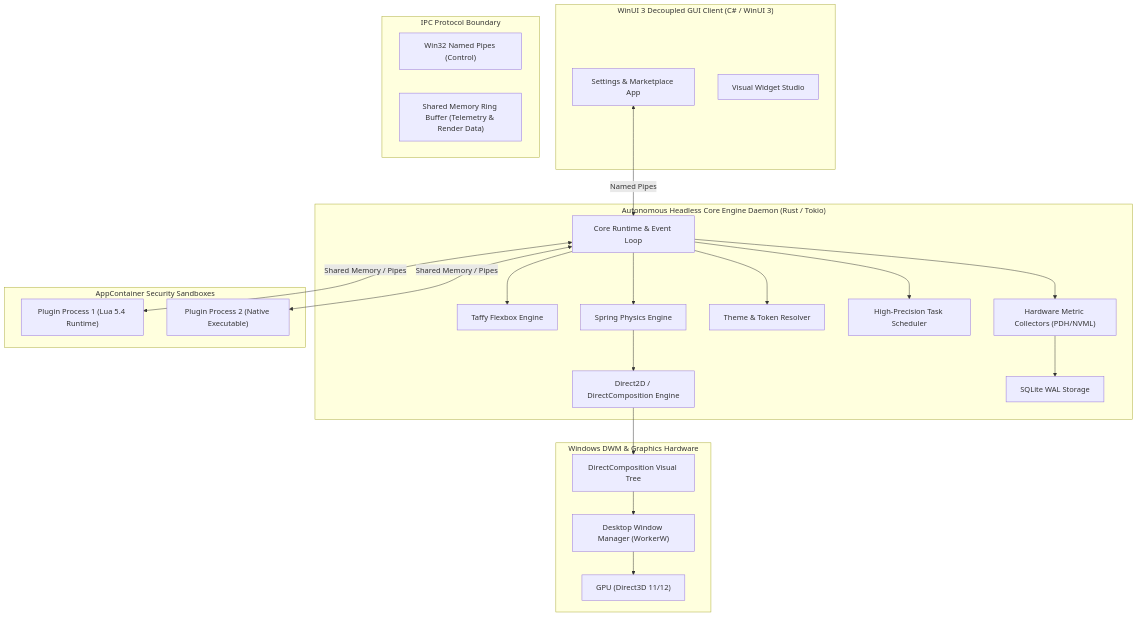
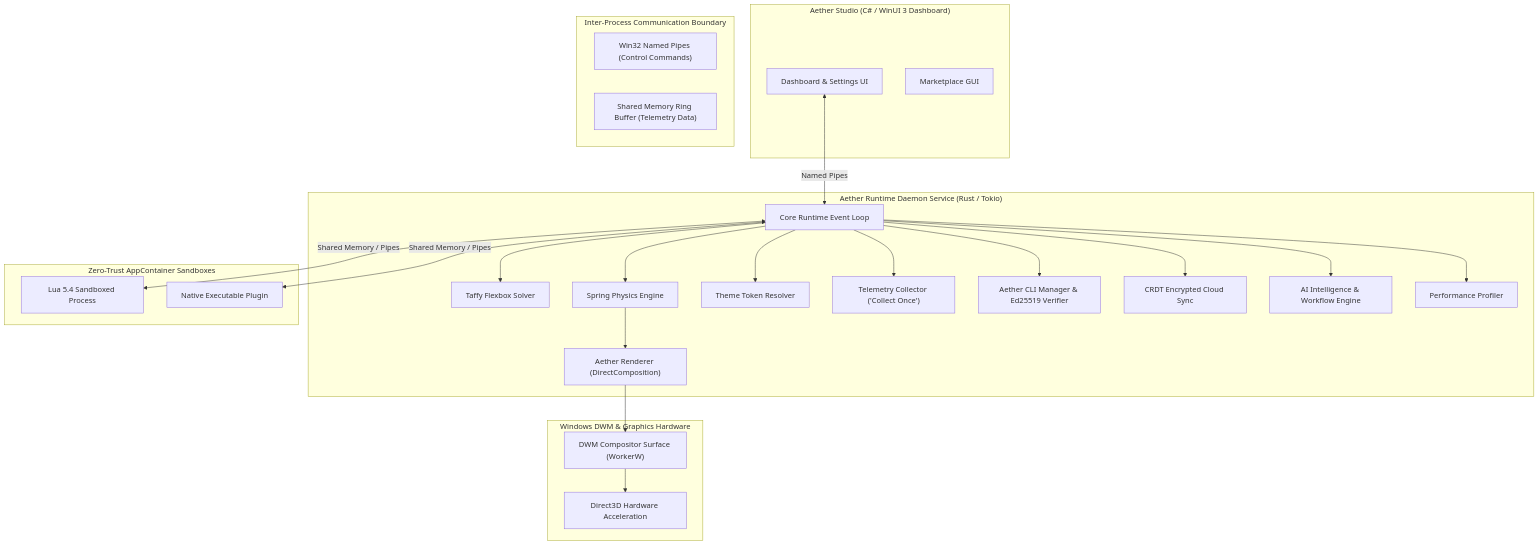
One commit to MysticsWinner/Aether-custom-widget changed the diagram in docs/ARCHITECTURE.md. Above: the diagram before and after it, drawn with Mermaid. The commit also changed other lines of this file and 15 other files, not shown here.

````diff
--- a/docs/ARCHITECTURE.md
+++ b/docs/ARCHITECTURE.md
@@ -11,50 +21,52 @@
 ```mermaid
 graph TB
-    subgraph UI_Layer ["WinUI 3 Decoupled GUI Client (C# / WinUI 3)"]
-        Dashboard["Settings & Marketplace App"]
-        Editor["Visual Widget Studio"]
+    subgraph GUI_Layer ["Aether Studio (C# / WinUI 3 Dashboard)"]
+        Dashboard["Dashboard & Settings UI"]
+        MarketplaceUI["Marketplace GUI"]
     end
 
-    subgraph Service_Layer ["Autonomous Headless Core Engine Daemon (Rust / Tokio)"]
-        CoreRuntime["Core Runtime & Event Loop"]
-        LayoutEngine["Taffy Flexbox Engine"]
-        RenderEngine["Direct2D / DirectComposition Engine"]
+    subgraph Service_Layer ["Aether Runtime Daemon Service (Rust / Tokio)"]
+        CoreRuntime["Core Runtime Event Loop"]
+        LayoutEngine["Taffy Flexbox Solver"]
+        RenderEngine["Aether Renderer (DirectComposition)"]
         AnimationEngine["Spring Physics Engine"]
-        ThemeEngine["Theme & Token Resolver"]
-        Scheduler["High-Precision Task Scheduler"]
-        SystemProviders["Hardware Metric Collectors (PDH/NVML)"]
-        Database["SQLite WAL Storage"]
+        ThemeEngine["Theme Token Resolver"]
+        SystemProviders["Telemetry Collector ('Collect Once')"]
+        MarketplaceManager["Aether CLI Manager & Ed25519 Verifier"]
+        CloudSyncEngine["CRDT Encrypted Cloud Sync"]
+        AiEngine["AI Intelligence & Workflow Engine"]
+        ProductionEngine["Performance Profiler"]
     end
 
-    subgraph IPC_Layer ["IPC Protocol Boundary"]
-        NamedPipes["Win32 Named Pipes (Control)"]
-        SharedMemory["Shared Memory Ring Buffer (Telemetry & Render Data)"]
+    subgraph IPC_Layer ["Inter-Process Communication Boundary"]
+        NamedPipes["Win32 Named Pipes (Control Commands)"]
+        SharedMemory["Shared Memory Ring Buffer (Telemetry Data)"]
     end
 
-    subgraph Sandbox_Layer ["AppContainer Security Sandboxes"]
-        LuaPlugin["Plugin Process 1 (Lua 5.4 Runtime)"]
-        ExePlugin["Plugin Process 2 (Native Executable)"]
+    subgraph Sandbox_Layer ["Zero-Trust AppContainer Sandboxes"]
+        PluginProcess1["Lua 5.4 Sandboxed Process"]
+        PluginProcess2["Native Executable Plugin"]
     end
 
     subgraph OS_Layer ["Windows DWM & Graphics Hardware"]
-        DirectComp["DirectComposition Visual Tree"]
-        DWM["Desktop Window Manager (WorkerW)"]
-        GPU["GPU (Direct3D 11/12)"]
+        DWMCompositor["DWM Compositor Surface (WorkerW)"]
+        GPU["Direct3D Hardware Acceleration"]
     end
 
     Dashboard <-->|Named Pipes| CoreRuntime
-    CoreRuntime <-->|Shared Memory / Pipes| LuaPlugin
-    CoreRuntime <-->|Shared Memory / Pipes| ExePlugin
+    CoreRuntime <-->|Shared Memory / Pipes| PluginProcess1
+    CoreRuntime <-->|Shared Memory / Pipes| PluginProcess2
 
     CoreRuntime --> LayoutEngine
     CoreRuntime --> ThemeEngine
     CoreRuntime --> SystemProviders
-    CoreRuntime --> Scheduler
     CoreRuntime --> AnimationEngine
-    
-    SystemProviders --> Database
+    CoreRuntime --> MarketplaceManager
+    CoreRuntime --> CloudSyncEngine
+    CoreRuntime --> AiEngine
+    CoreRuntime --> ProductionEngine
+
     AnimationEngine --> RenderEngine
-    RenderEngine --> DirectComp
-    DirectComp --> DWM
-    DWM --> GPU
+    RenderEngine --> DWMCompositor
+    DWMCompositor --> GPU
 ```
````
